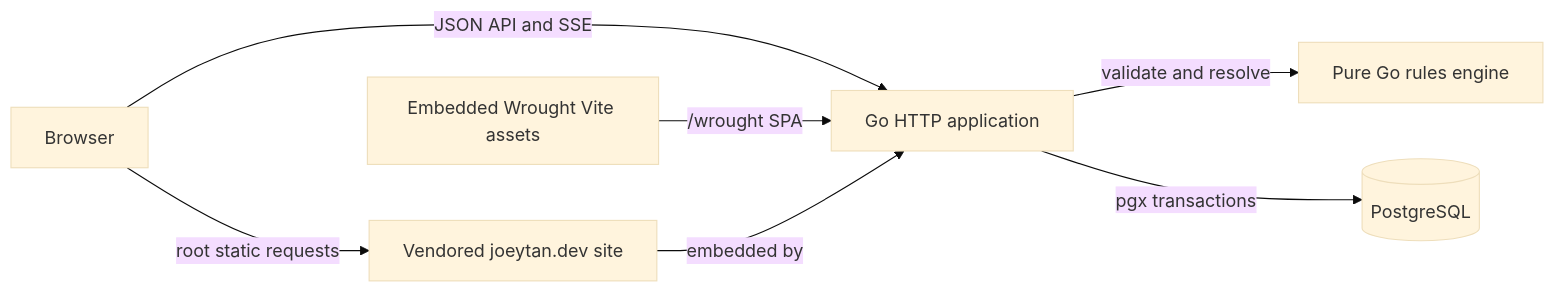
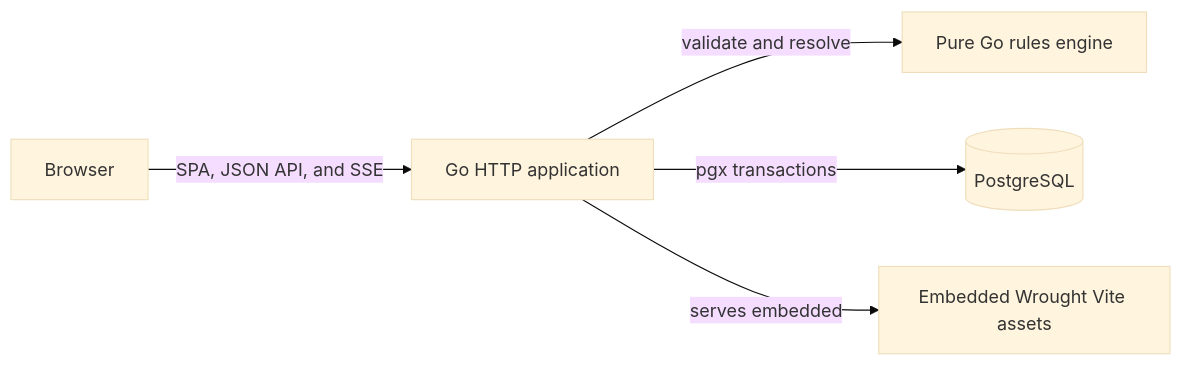
The diagram in docs/README.md (JTan2231/gezerah), drawn with Mermaid (base theme) before and after one commit. The commit also changed other lines of this file and 89 other files, not shown here.

````diff
--- a/docs/README.md
+++ b/docs/README.md
@@ -45,16 +45,13 @@
 ```mermaid
 flowchart LR
     Browser[Browser]
     API[Go HTTP application]
     Rules[Pure Go rules engine]
     DB[(PostgreSQL)]
     App[Embedded Wrought Vite assets]
-    Site[Vendored joeytan.dev site]
 
-    Browser -->|JSON API and SSE| API
-    Browser -->|root static requests| Site
+    Browser -->|SPA, JSON API, and SSE| API
     API -->|validate and resolve| Rules
     API -->|pgx transactions| DB
-    App -->|/wrought SPA| API
-    Site -->|embedded by| API
+    API -->|serves embedded| App
 ```
````
